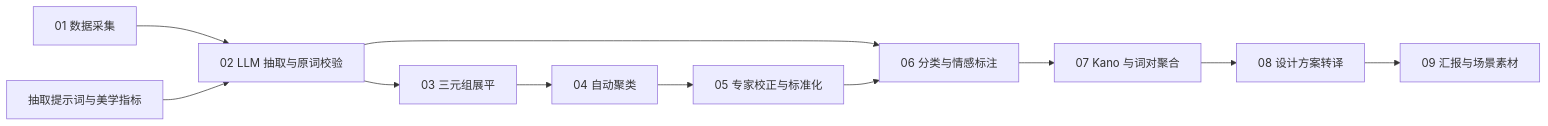
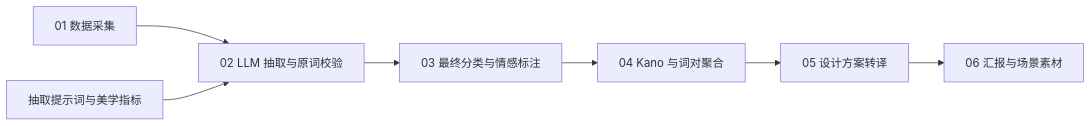
The diagram in docs/visualization-pipeline.md (coralxyx/smart-lighting-research), drawn with Mermaid before and after one commit. The commit also changed other lines of this file and 8 other files, not shown here.

````diff
--- a/docs/visualization-pipeline.md
+++ b/docs/visualization-pipeline.md
@@ -7,13 +7,9 @@
 ```mermaid
 flowchart LR
     M01[01 数据采集] --> M02[02 LLM 抽取与原词校验]
     D01[抽取提示词与美学指标] --> M02
-    M02 --> M03[03 三元组展平]
-    M03 --> M04[04 自动聚类]
-    M04 --> M05[05 专家校正与标准化]
-    M02 --> M06[06 分类与情感标注]
-    M05 --> M06
-    M06 --> M07[07 Kano 与词对聚合]
-    M07 --> M08[08 设计方案转译]
-    M08 --> M09[09 汇报与场景素材]
+    M02 --> M03[03 最终分类与情感标注]
+    M03 --> M04[04 Kano 与词对聚合]
+    M04 --> M05[05 设计方案转译]
+    M05 --> M06[06 汇报与场景素材]
 ```
````
